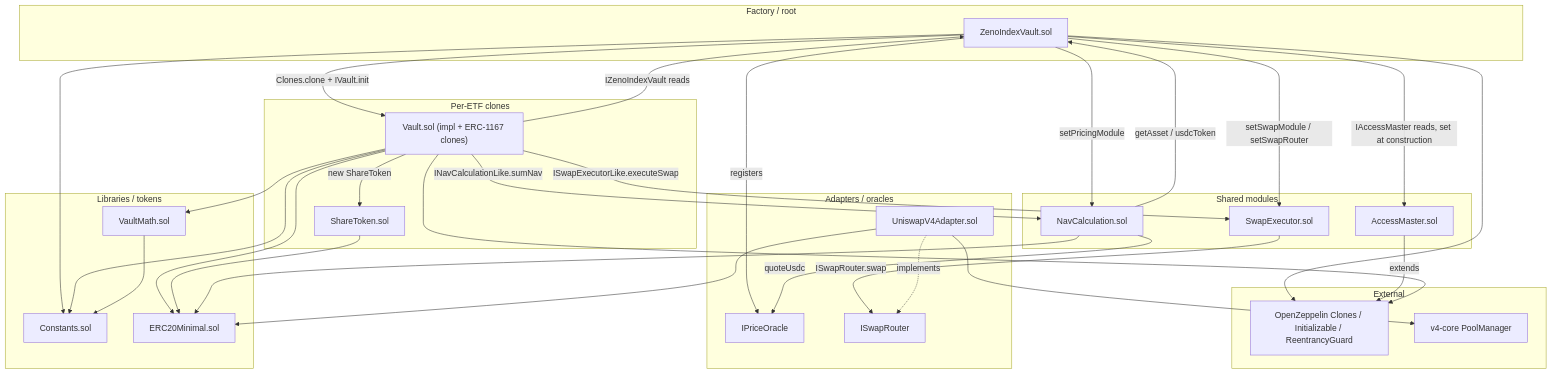
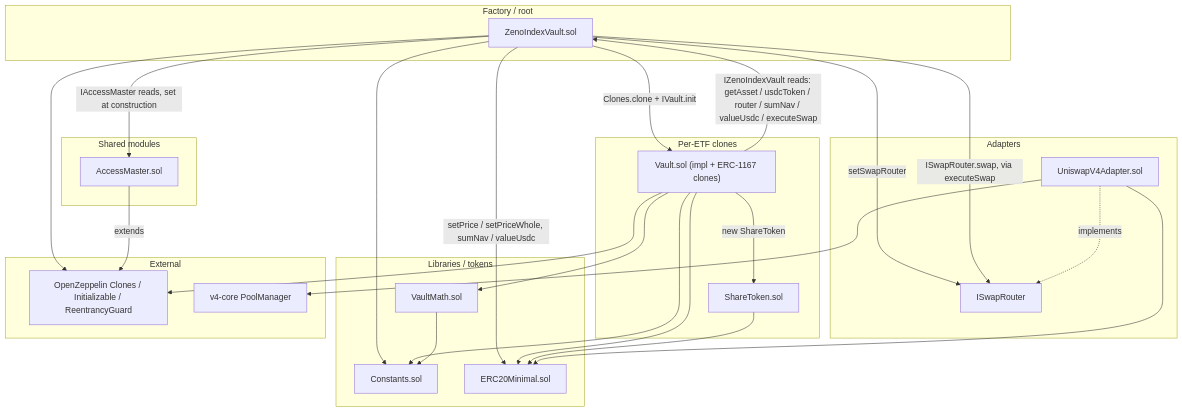
The diagram in README.md (CyreneAI/zenoindex-evm), drawn with Mermaid before and after one commit. The commit also changed other lines of this file and 9 other files, not shown here.

````diff
--- a/README.md
+++ b/README.md
@@ -7,65 +7,56 @@
 ```mermaid
 flowchart TB
   subgraph Root["Factory / root"]
     ZIV["ZenoIndexVault.sol"]
   end
 
   subgraph Clones["Per-ETF clones"]
     V["Vault.sol (impl + ERC-1167 clones)"]
     ST["ShareToken.sol"]
   end
 
   subgraph Singletons["Shared modules"]
-    P["NavCalculation.sol"]
-    SM["SwapExecutor.sol"]
     AM["AccessMaster.sol"]
   end
 
-  subgraph Adapters["Adapters / oracles"]
+  subgraph Adapters["Adapters"]
     V4["UniswapV4Adapter.sol"]
-    OR["IPriceOracle"]
     SR["ISwapRouter"]
   end
 
   subgraph Libs["Libraries / tokens"]
     VM["VaultMath.sol"]
     C["Constants.sol"]
     E20["ERC20Minimal.sol"]
   end
 
   subgraph Ext["External"]
     OZ["OpenZeppelin Clones / Initializable / ReentrancyGuard"]
     V4C["v4-core PoolManager"]
   end
 
   ZIV -->|Clones.clone + IVault.init| V
-  ZIV -->|setPricingModule| P
-  ZIV -->|setSwapModule / setSwapRouter| SM
+  ZIV -->|setSwapRouter| SR
+  ZIV -->|setPrice / setPriceWhole, sumNav / valueUsdc| E20
   ZIV -->|IAccessMaster reads, set at construction| AM
-  ZIV -->|registers| OR
   ZIV --> C
   ZIV --> OZ
 
   AM -->|extends| OZ
 
   V -->|new ShareToken| ST
-  V -->|IZenoIndexVault reads| ZIV
-  V -->|INavCalculationLike.sumNav| P
-  V -->|ISwapExecutorLike.executeSwap| SM
+  V -->|IZenoIndexVault reads: getAsset / usdcToken / router / sumNav / valueUsdc / executeSwap| ZIV
   V --> VM
   V --> C
   V --> E20
   V --> OZ
 
   ST --> E20
-  P -->|getAsset / usdcToken| ZIV
-  P -->|quoteUsdc| OR
-  P --> E20
 
-  SM -->|ISwapRouter.swap| SR
+  ZIV -->|ISwapRouter.swap, via executeSwap| SR
   V4 -.->|implements| SR
   V4 --> E20
   V4 --> V4C
 
   VM --> C
 ```
````
